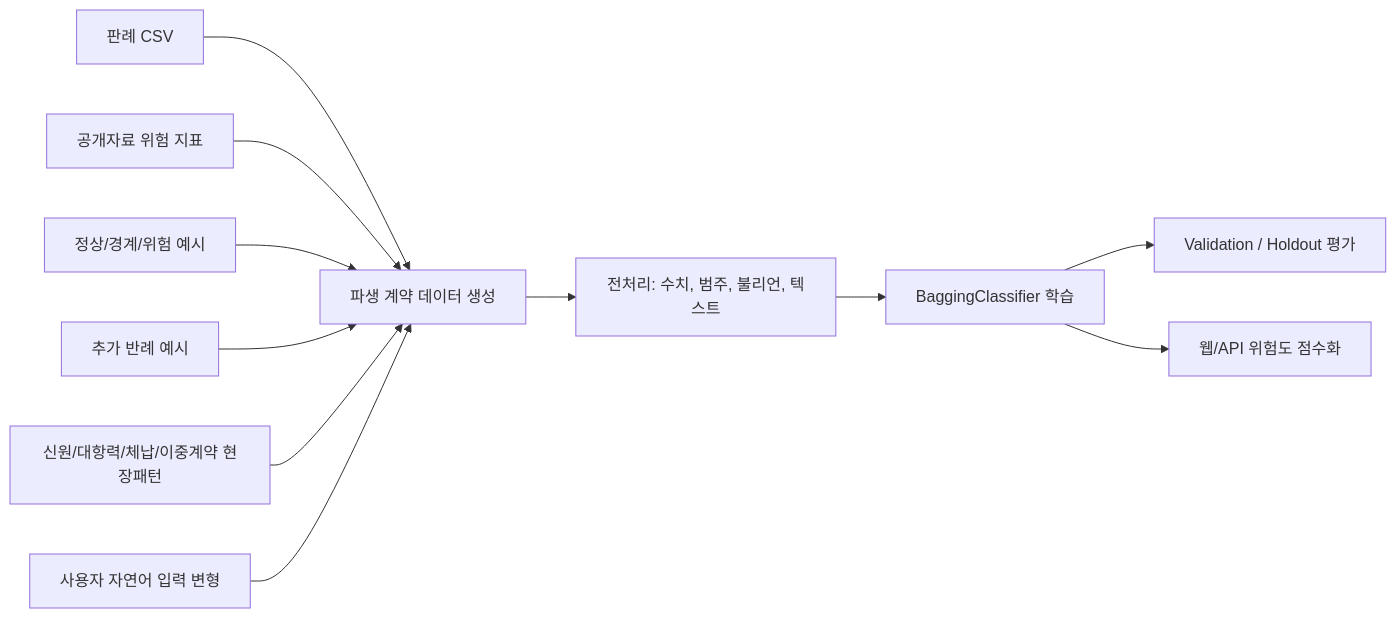
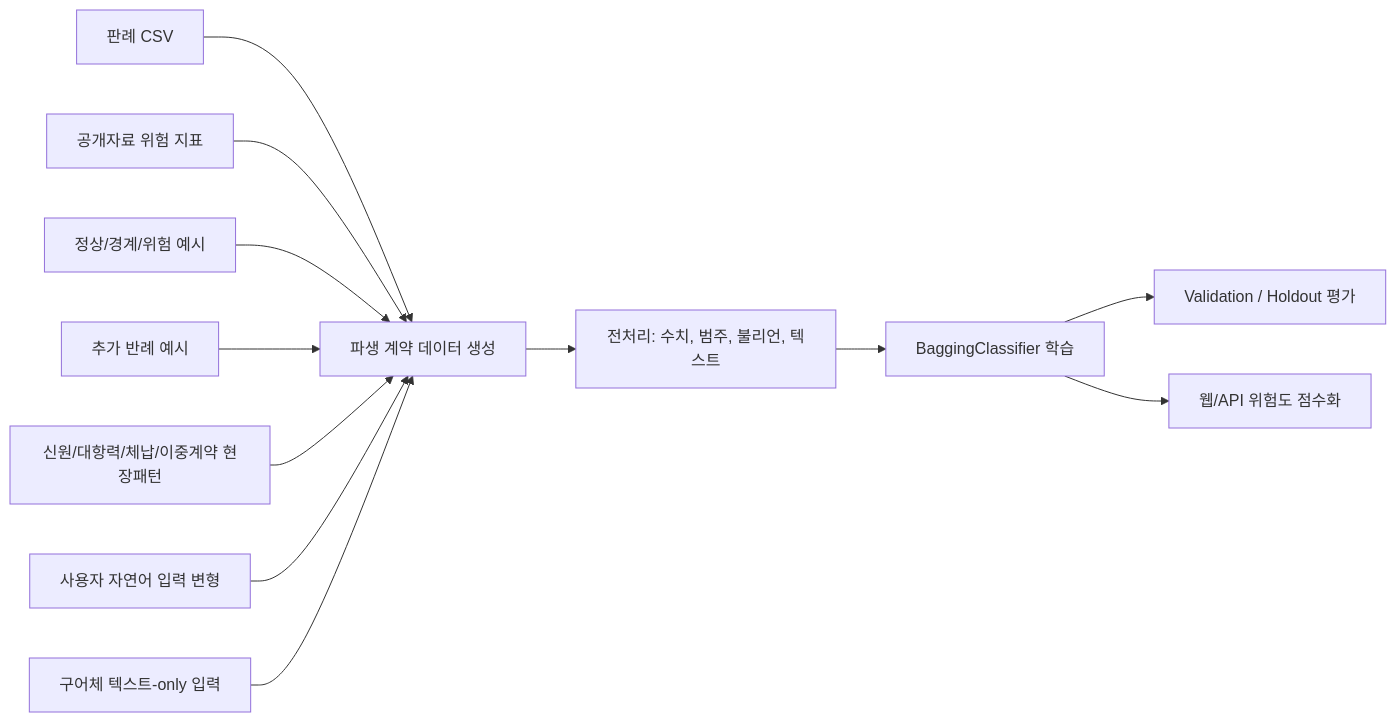
Before and after one commit to bssm-oss/legallearn: the diagram in README.md, drawn with Mermaid. The commit also changed other lines of this file and 16 other files, not shown here.

````diff
--- a/README.md
+++ b/README.md
@@ -161,13 +161,14 @@
 ```mermaid
 flowchart LR
   A["판례 CSV"] --> D["파생 계약 데이터 생성"]
   B["공개자료 위험 지표"] --> D
   C["정상/경계/위험 예시"] --> D
   I["추가 반례 예시"] --> D
   J["신원/대항력/체납/이중계약 현장패턴"] --> D
   K["사용자 자연어 입력 변형"] --> D
+  L["구어체 텍스트-only 입력"] --> D
   D --> E["전처리: 수치, 범주, 불리언, 텍스트"]
   E --> F["BaggingClassifier 학습"]
   F --> G["Validation / Holdout 평가"]
   F --> H["웹/API 위험도 점수화"]
 ```
````
